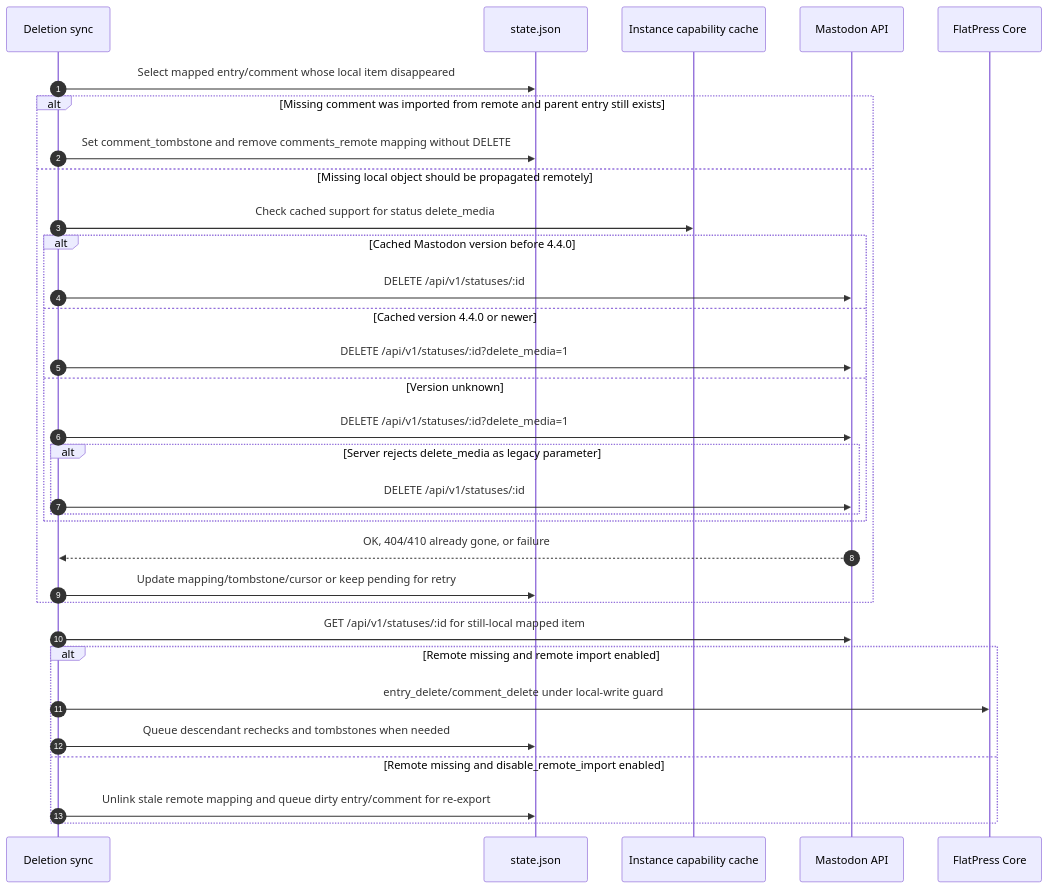
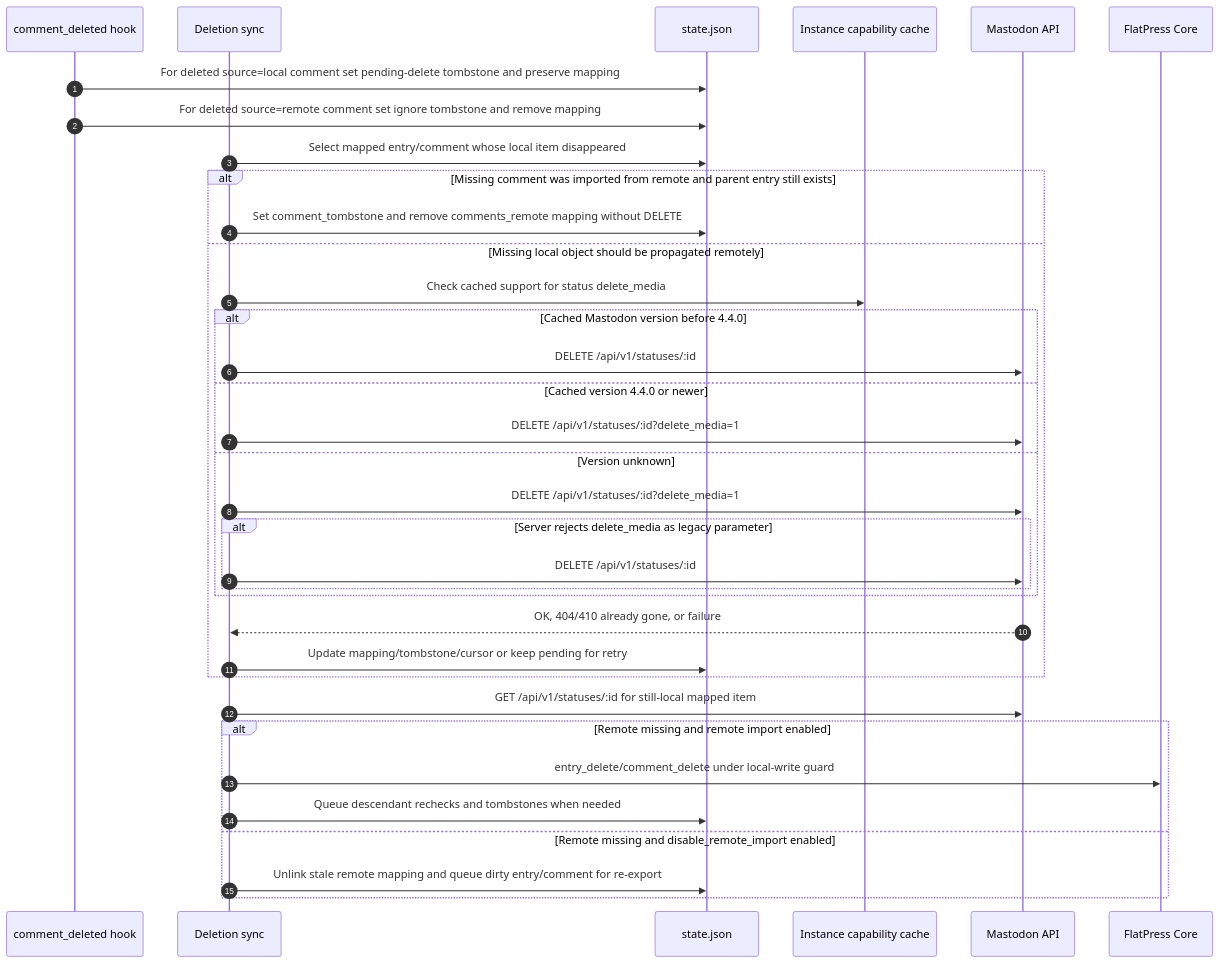
Before and after one commit to flatpressblog/flatpress: diagram 32 of 48 in fp-plugins/mastodon/developer-docs/06-Process-Flow.md, drawn with Mermaid. The commit also changed other lines of this file and 33 other files, not shown here.

````diff
--- a/fp-plugins/mastodon/developer-docs/06-Process-Flow.md
+++ b/fp-plugins/mastodon/developer-docs/06-Process-Flow.md
@@ -1147,36 +1242,39 @@
 ```mermaid
 sequenceDiagram
     autonumber
+    participant Hook as comment_deleted hook
     participant Del as Deletion sync
     participant State as state.json
     participant Caps as Instance capability cache
     participant API as Mastodon API
     participant Core as FlatPress Core
 
+    Hook->>State: For deleted source=local comment set pending-delete tombstone and preserve mapping
+    Hook->>State: For deleted source=remote comment set ignore tombstone and remove mapping
     Del->>State: Select mapped entry/comment whose local item disappeared
     alt Missing comment was imported from remote and parent entry still exists
         Del->>State: Set comment_tombstone and remove comments_remote mapping without DELETE
     else Missing local object should be propagated remotely
         Del->>Caps: Check cached support for status delete_media
     alt Cached Mastodon version before 4.4.0
         Del->>API: DELETE /api/v1/statuses/:id
     else Cached version 4.4.0 or newer
         Del->>API: DELETE /api/v1/statuses/:id?delete_media=1
     else Version unknown
         Del->>API: DELETE /api/v1/statuses/:id?delete_media=1
         alt Server rejects delete_media as legacy parameter
             Del->>API: DELETE /api/v1/statuses/:id
         end
     end
         API-->>Del: OK, 404/410 already gone, or failure
         Del->>State: Update mapping/tombstone/cursor or keep pending for retry
     end
 
     Del->>API: GET /api/v1/statuses/:id for still-local mapped item
     alt Remote missing and remote import enabled
         Del->>Core: entry_delete/comment_delete under local-write guard
         Del->>State: Queue descendant rechecks and tombstones when needed
     else Remote missing and disable_remote_import enabled
         Del->>State: Unlink stale remote mapping and queue dirty entry/comment for re-export
     end
 ```
````
